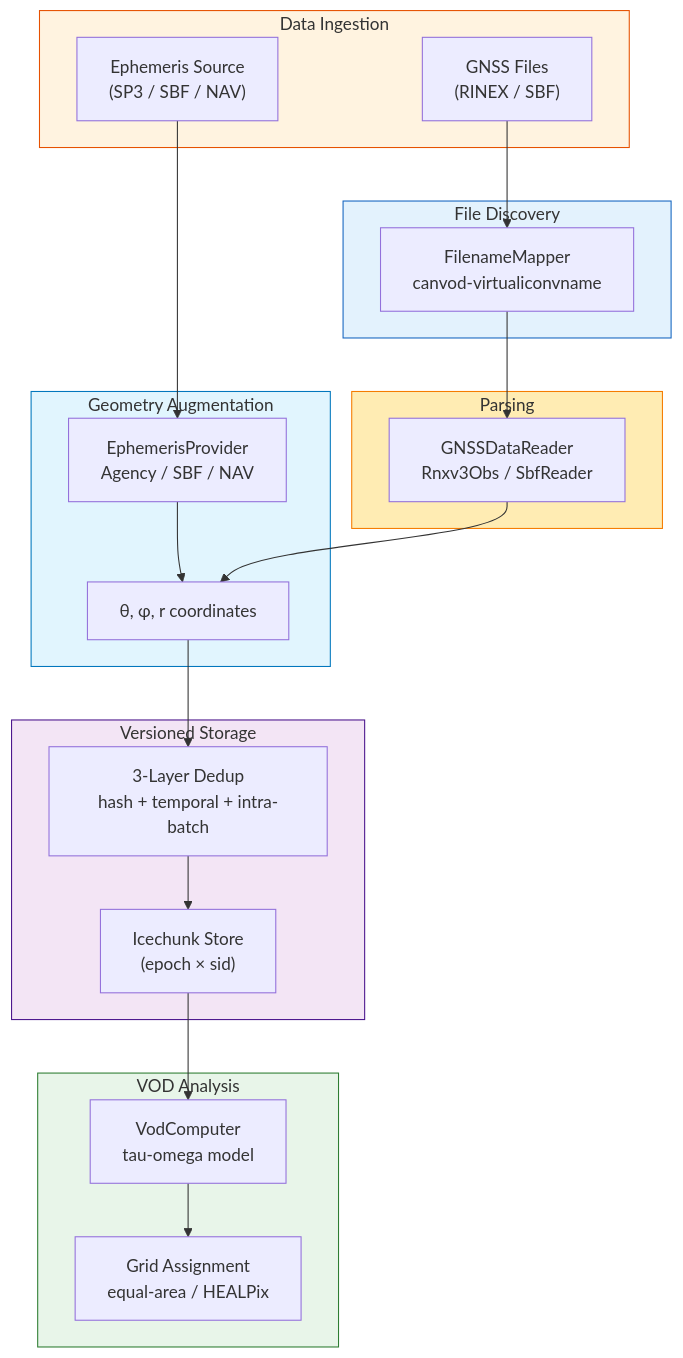
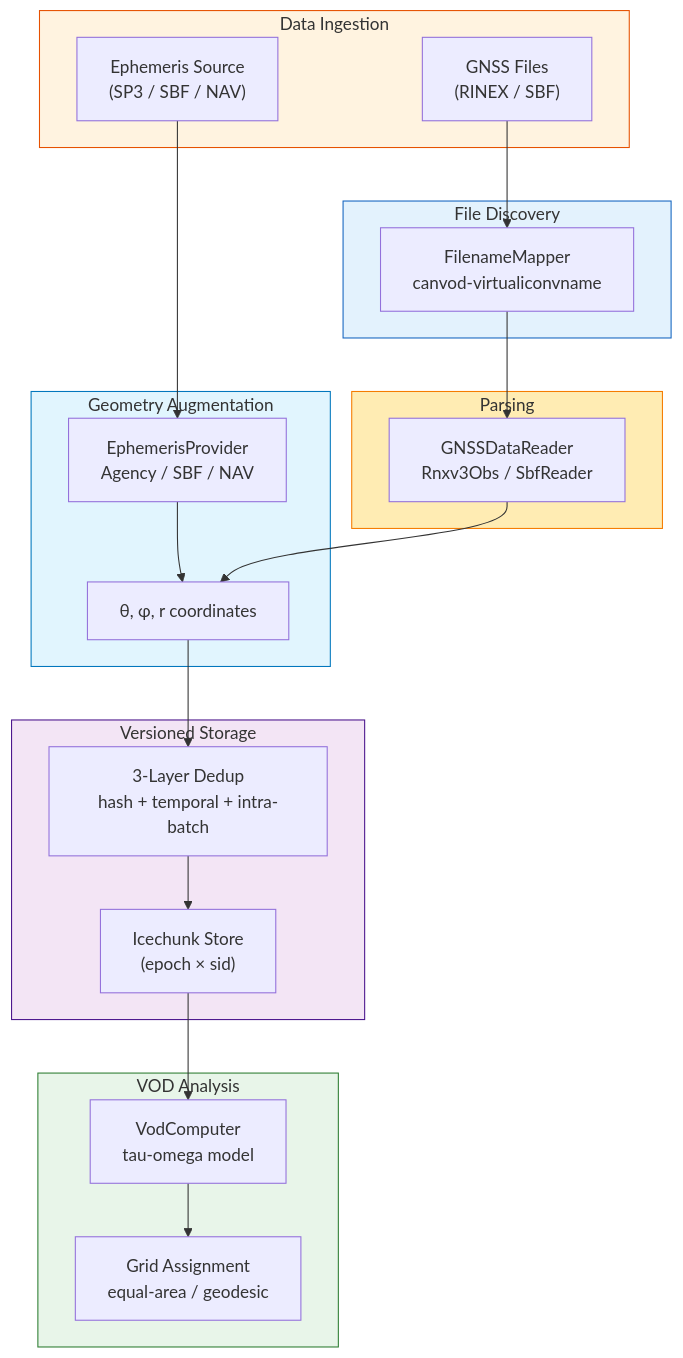
One commit to konstantinschellenberg/canvodpy changed the second of 2 diagrams in docs/guides/api-levels.md. Above: the diagram before and after it, drawn with Mermaid. The commit also changed 27 other files, not shown here.

````diff
--- a/docs/guides/api-levels.md
+++ b/docs/guides/api-levels.md
@@ -253,43 +253,43 @@
 ```mermaid
 flowchart TD
     subgraph Input["Data Ingestion"]
         FILES["GNSS Files<br/>(RINEX / SBF)"]
         EPHEM["Ephemeris Source<br/>(SP3 / SBF / NAV)"]
     end
 
     subgraph Discovery["File Discovery"]
         FM["FilenameMapper<br/>canvod-virtualiconvname"]
     end
 
     subgraph Reading["Parsing"]
         READER["GNSSDataReader<br/>Rnxv3Obs / SbfReader"]
     end
 
     subgraph Augmentation["Geometry Augmentation"]
         EP["EphemerisProvider<br/>Agency / SBF / NAV"]
         SCS["θ, φ, r coordinates"]
     end
 
     subgraph Storage["Versioned Storage"]
         ICE["Icechunk Store<br/>(epoch × sid)"]
         DEDUP["3-Layer Dedup<br/>hash + temporal + intra-batch"]
     end
 
     subgraph Analysis["VOD Analysis"]
         VOD["VodComputer<br/>tau-omega model"]
-        GRID["Grid Assignment<br/>equal-area / HEALPix"]
+        GRID["Grid Assignment<br/>equal-area / geodesic"]
     end
 
     FILES --> FM --> READER
     EPHEM --> EP --> SCS
     READER --> SCS
     SCS --> DEDUP --> ICE
     ICE --> VOD --> GRID
 
     style Input fill:#fff3e0,stroke:#e65100
     style Discovery fill:#e3f2fd,stroke:#1565c0
     style Reading fill:#ffecb3,stroke:#f57c00
     style Augmentation fill:#e1f5fe,stroke:#0277bd
     style Storage fill:#f3e5f5,stroke:#4a148c
     style Analysis fill:#e8f5e9,stroke:#2e7d32
 ```
````
